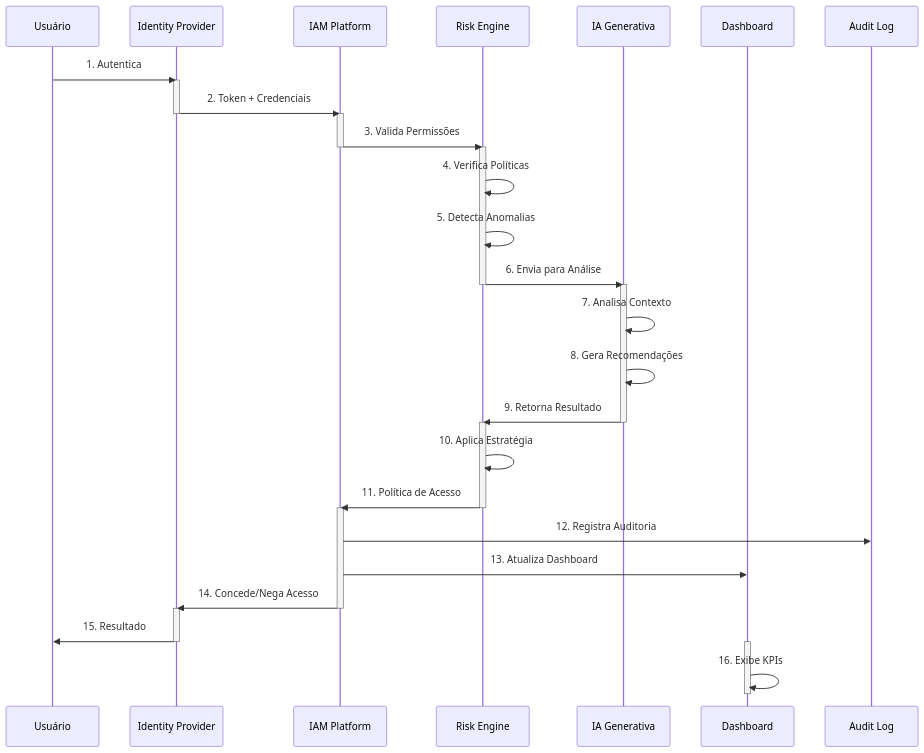
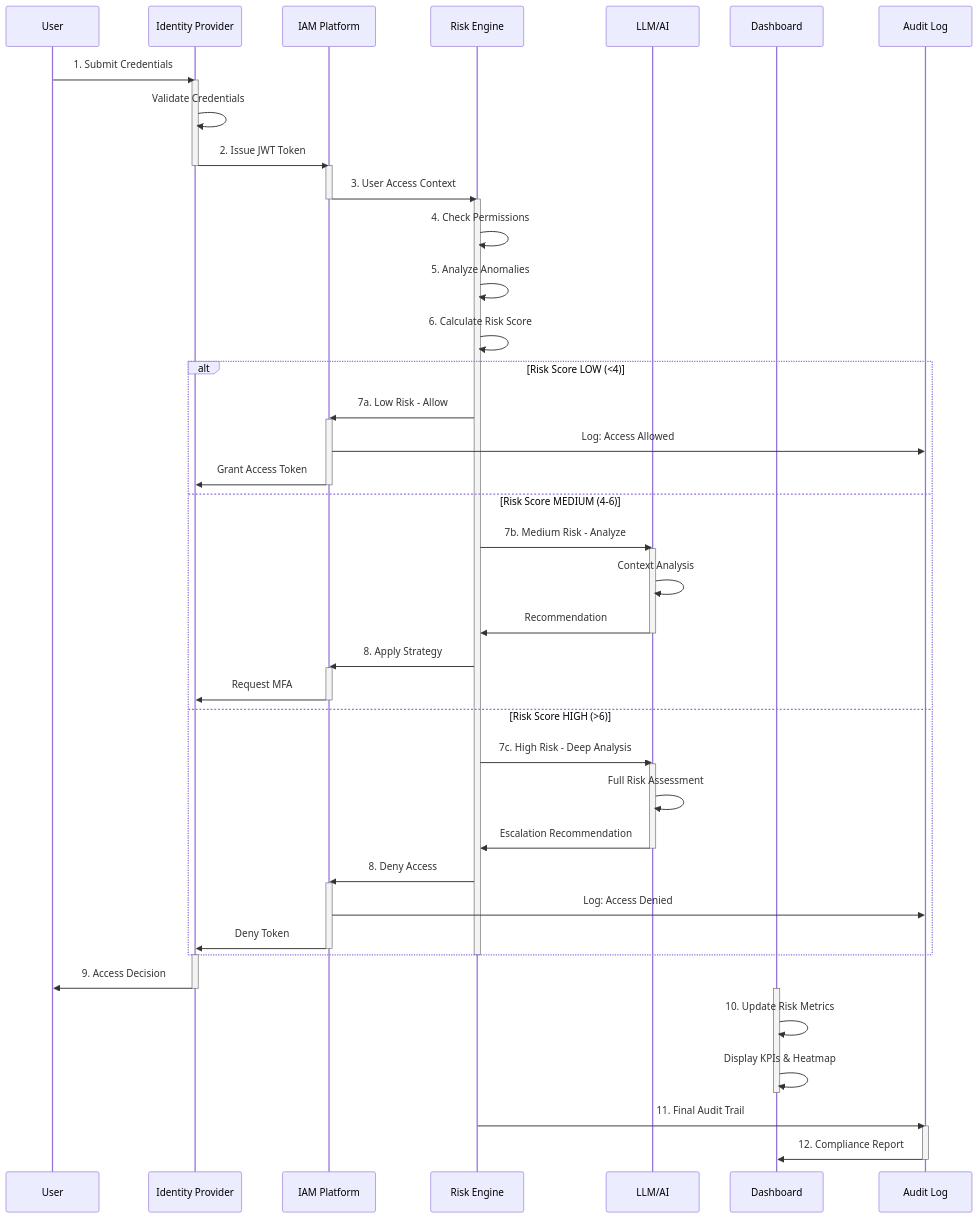
The diagram in diagrams/workflow.mmd (XavierCleison/identity-risk-governance), drawn with Mermaid before and after one commit.

Commit message:
feat: Add Mermaid workflow authentication sequence diagram
- Show authentication flow with risk analysis
- Include decision paths (Low, Medium, High risk)
- Demonstrate LLM integration for analysis
- Include MFA challenges and access control decisions
- Show audit logging and dashboard updates

```diff
--- a/diagrams/workflow.mmd
+++ b/diagrams/workflow.mmd
@@ -1,48 +1,69 @@
 sequenceDiagram
-    participant U as Usuário
+    participant User as User
     participant IdP as Identity Provider
     participant IAM as IAM Platform
     participant RE as Risk Engine
-    participant AI as IA Generativa
-    participant DB as Dashboard
-    participant Audit as Audit Log
+    participant LLM as LLM/AI
+    participant Dashboard as Dashboard
+    participant AuditLog as Audit Log
 
-    U->>IdP: 1. Autentica
+    User->>IdP: 1. Submit Credentials
     activate IdP
-    IdP->>IAM: 2. Token + Credenciais
+    IdP->>IdP: Validate Credentials
+    IdP->>IAM: 2. Issue JWT Token
     deactivate IdP
     
     activate IAM
-    IAM->>RE: 3. Valida Permissões
+    IAM->>RE: 3. User Access Context
     deactivate IAM
     
     activate RE
-    RE->>RE: 4. Verifica Políticas
-    RE->>RE: 5. Detecta Anomalias
-    RE->>AI: 6. Envia para Análise
+    RE->>RE: 4. Check Permissions
+    RE->>RE: 5. Analyze Anomalies
+    RE->>RE: 6. Calculate Risk Score
+    
+    alt Risk Score LOW (<4)
+        RE->>IAM: 7a. Low Risk - Allow
+        activate IAM
+        IAM->>AuditLog: Log: Access Allowed
+        IAM->>IdP: Grant Access Token
+        deactivate IAM
+    else Risk Score MEDIUM (4-6)
+        RE->>LLM: 7b. Medium Risk - Analyze
+        activate LLM
+        LLM->>LLM: Context Analysis
+        LLM->>RE: Recommendation
+        deactivate LLM
+        RE->>IAM: 8. Apply Strategy
+        activate IAM
+        IAM->>IdP: Request MFA
+        deactivate IAM
+    else Risk Score HIGH (>6)
+        RE->>LLM: 7c. High Risk - Deep Analysis
+        activate LLM
+        LLM->>LLM: Full Risk Assessment
+        LLM->>RE: Escalation Recommendation
+        deactivate LLM
+        RE->>IAM: 8. Deny Access
+        activate IAM
+        IAM->>AuditLog: Log: Access Denied
+        IAM->>IdP: Deny Token
+        deactivate IAM
+    end
+    
     deactivate RE
     
-    activate AI
-    AI->>AI: 7. Analisa Contexto
-    AI->>AI: 8. Gera Recomendações
-    AI->>RE: 9. Retorna Resultado
-    deactivate AI
-    
-    activate RE
-    RE->>RE: 10. Aplica Estratégia
-    RE->>IAM: 11. Política de Acesso
-    deactivate RE
-    
-    activate IAM
-    IAM->>Audit: 12. Registra Auditoria
-    IAM->>DB: 13. Atualiza Dashboard
-    IAM->>IdP: 14. Concede/Nega Acesso
-    deactivate IAM
-    
     activate IdP
-    IdP->>U: 15. Resultado
+    IdP->>User: 9. Access Decision
     deactivate IdP
     
-    activate DB
-    DB->>DB: 16. Exibe KPIs
-    deactivate DB
+    activate Dashboard
+    Dashboard->>Dashboard: 10. Update Risk Metrics
+    Dashboard->>Dashboard: Display KPIs & Heatmap
+    deactivate Dashboard
+
+    RE->>AuditLog: 11. Final Audit Trail
+    
+    activate AuditLog
+    AuditLog->>Dashboard: 12. Compliance Report
+    deactivate AuditLog
```
